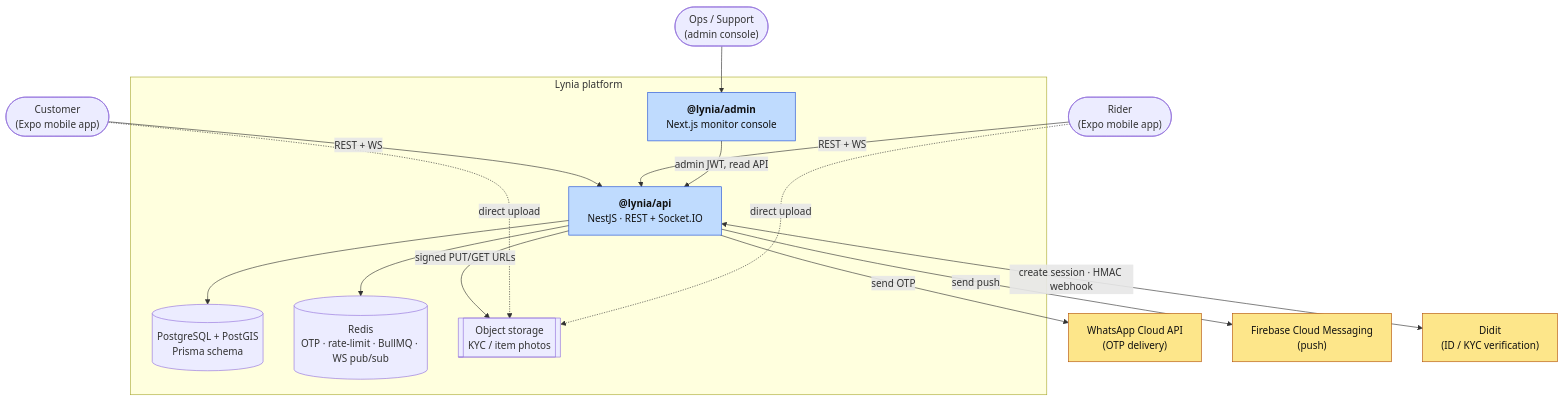
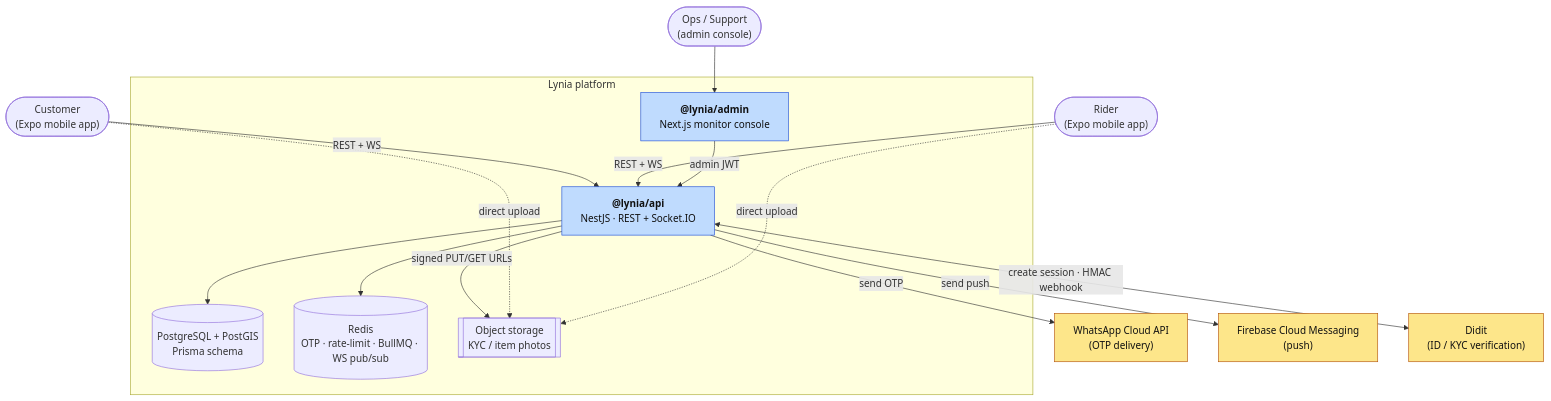
Before and after one commit to unnfazzed/Lynia: the second of 16 diagrams in docs/ARCHITECTURE.md, drawn with Mermaid. The commit also changed other lines of this file and 14 other files, not shown here.

````diff
--- a/docs/ARCHITECTURE.md
+++ b/docs/ARCHITECTURE.md
@@ -203,38 +203,38 @@
 ```mermaid
 graph TB
     customer(["Customer<br/>(Expo mobile app)"])
     rider(["Rider<br/>(Expo mobile app)"])
     ops(["Ops / Support<br/>(admin console)"])
 
     subgraph lynia["Lynia platform"]
         api["<b>@lynia/api</b><br/>NestJS · REST + Socket.IO"]
         admin["<b>@lynia/admin</b><br/>Next.js monitor console"]
         db[("PostgreSQL + PostGIS<br/>Prisma schema")]
         redis[("Redis<br/>OTP · rate-limit · BullMQ · WS pub/sub")]
         blob[["Object storage<br/>KYC / item photos"]]
     end
 
     wa["WhatsApp Cloud API<br/>(OTP delivery)"]
     fcm["Firebase Cloud Messaging<br/>(push)"]
     didit["Didit<br/>(ID / KYC verification)"]
 
     customer -->|"REST + WS"| api
     rider -->|"REST + WS"| api
     ops --> admin
-    admin -->|"admin JWT, read API"| api
+    admin -->|"admin JWT"| api
 
     api --> db
     api --> redis
     api -->|"signed PUT/GET URLs"| blob
     customer -.->|"direct upload"| blob
     rider -.->|"direct upload"| blob
 
     api -->|"send OTP"| wa
     api -->|"send push"| fcm
     api <-->|"create session · HMAC webhook"| didit
 
     classDef ext fill:#fde68a,stroke:#b45309,color:#111;
     classDef core fill:#bfdbfe,stroke:#1d4ed8,color:#111;
     class wa,fcm,didit ext;
     class api,admin core;
 ```
````
